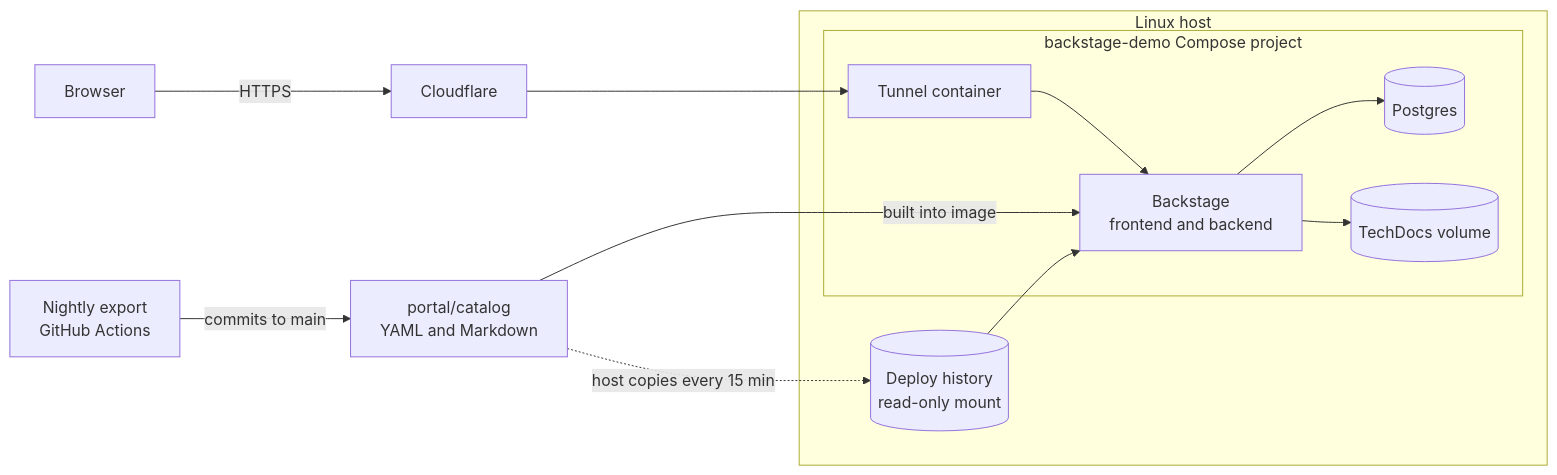
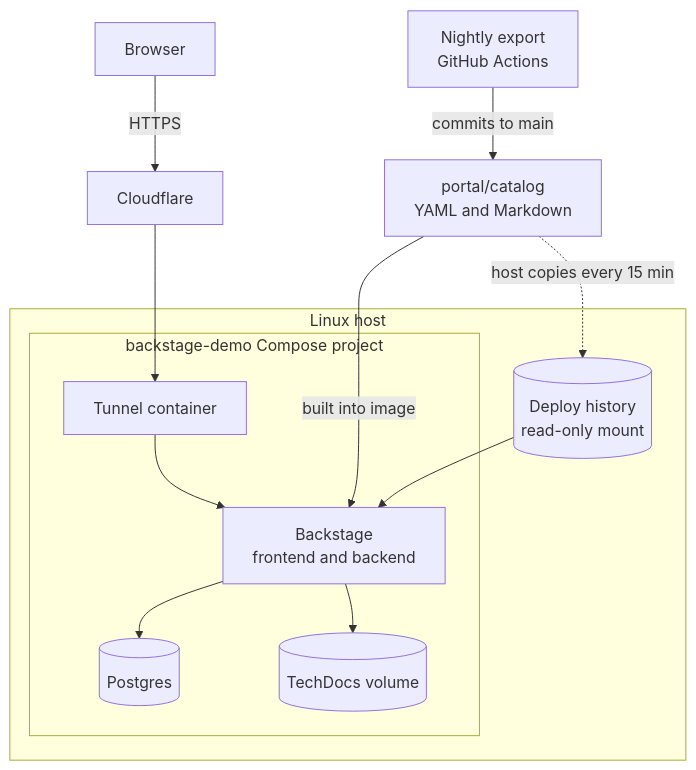
One commit to fossierstudio/fossier-portal changed the diagram in README.md. Above: the diagram before and after it, drawn with Mermaid.

Commit message:
Lay out the architecture diagram top to bottom

````diff
--- a/README.md
+++ b/README.md
@@ -86,21 +86,21 @@
 ```mermaid
-flowchart LR
+flowchart TB
     browser[Browser] -->|HTTPS| cloudflare[Cloudflare]
     cloudflare --> tunnel
+    actions[Nightly export<br/>GitHub Actions] -->|commits to main| catalog
+    catalog[portal/catalog<br/>YAML and Markdown] -->|built into image| portal
+    catalog -.->|host copies every 15 min| history
     subgraph host[Linux host]
+        history[(Deploy history<br/>read-only mount)]
         subgraph stack[backstage-demo Compose project]
             tunnel[Tunnel container]
             portal[Backstage<br/>frontend and backend]
             postgres[(Postgres)]
             techdocs[(TechDocs volume)]
         end
-        history[(Deploy history<br/>read-only mount)]
     end
-    catalog[portal/catalog<br/>YAML and Markdown] -->|built into image| portal
-    actions[Nightly export<br/>GitHub Actions] -->|commits to main| catalog
-    catalog -.->|host copies every 15 min| history
     history --> portal
     tunnel --> portal
     portal --> postgres
     portal --> techdocs
 ```
````
